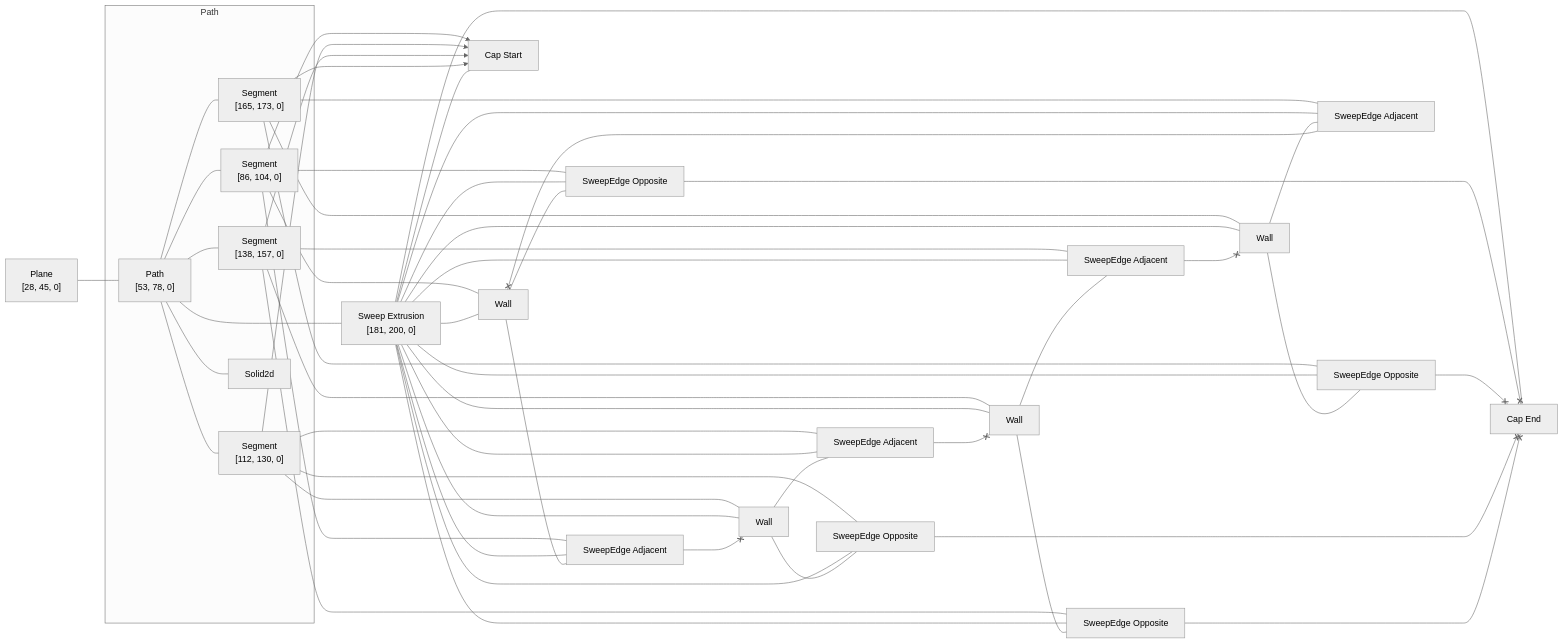
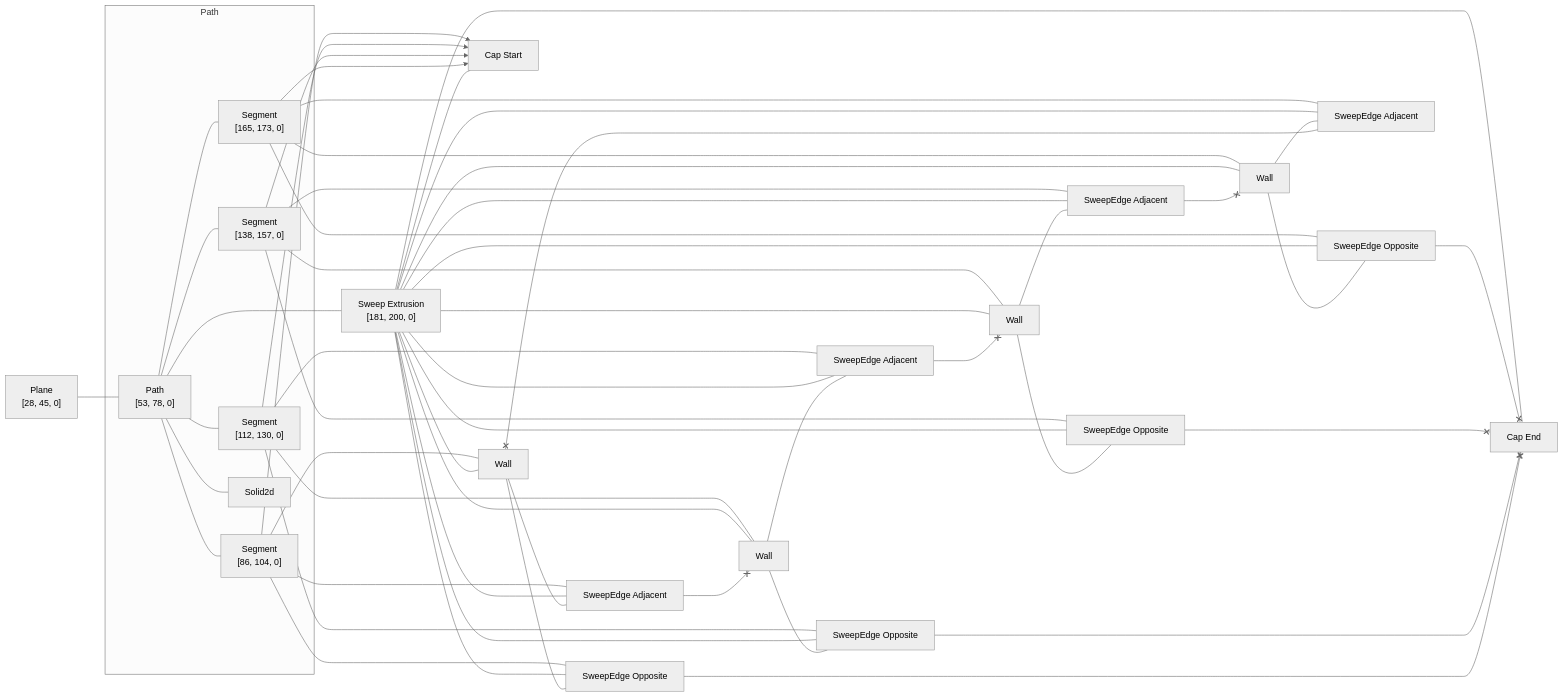
One commit to rajgandhi1/modeling-app changed the diagram in rust/kcl-lib/tests/function_sketch/artifact_graph_flowchart.snap.md. Above: the diagram before and after it, drawn with Mermaid (neutral theme). The commit also changed 101 other files, not shown here.

````diff
--- a/rust/kcl-lib/tests/function_sketch/artifact_graph_flowchart.snap.md
+++ b/rust/kcl-lib/tests/function_sketch/artifact_graph_flowchart.snap.md
@@ -1,80 +1,80 @@
 ```mermaid
 flowchart LR
   subgraph path2 [Path]
     2["Path<br>[53, 78, 0]"]
     3["Segment<br>[86, 104, 0]"]
     4["Segment<br>[112, 130, 0]"]
     5["Segment<br>[138, 157, 0]"]
     6["Segment<br>[165, 173, 0]"]
     7[Solid2d]
   end
   1["Plane<br>[28, 45, 0]"]
   8["Sweep Extrusion<br>[181, 200, 0]"]
   9[Wall]
   10[Wall]
   11[Wall]
   12[Wall]
   13["Cap Start"]
   14["Cap End"]
   15["SweepEdge Opposite"]
   16["SweepEdge Opposite"]
   17["SweepEdge Opposite"]
   18["SweepEdge Opposite"]
   19["SweepEdge Adjacent"]
   20["SweepEdge Adjacent"]
   21["SweepEdge Adjacent"]
   22["SweepEdge Adjacent"]
   1 --- 2
   2 --- 3
   2 --- 4
   2 --- 5
   2 --- 6
   2 --- 7
   2 ---- 8
   3 --- 12
   3 x--> 13
-  3 --- 15
-  3 --- 19
+  3 --- 18
+  3 --- 22
   4 --- 10
   4 x--> 13
   4 --- 17
-  4 --- 20
+  4 --- 21
   5 --- 9
   5 x--> 13
-  5 --- 18
-  5 --- 21
+  5 --- 16
+  5 --- 20
   6 --- 11
   6 x--> 13
-  6 --- 16
-  6 --- 22
+  6 --- 15
+  6 --- 19
   8 --- 9
   8 --- 10
   8 --- 11
   8 --- 12
   8 --- 13
   8 --- 14
   8 --- 15
   8 --- 16
   8 --- 17
   8 --- 18
   8 --- 19
   8 --- 20
   8 --- 21
   8 --- 22
-  9 --- 18
-  20 <--x 9
-  9 --- 21
+  9 --- 16
+  9 --- 20
+  21 <--x 9
   10 --- 17
-  19 <--x 10
-  10 --- 20
-  11 --- 16
-  21 <--x 11
-  11 --- 22
-  12 --- 15
-  12 --- 19
-  22 <--x 12
+  10 --- 21
+  22 <--x 10
+  11 --- 15
+  11 --- 19
+  20 <--x 11
+  12 --- 18
+  19 <--x 12
+  12 --- 22
   15 <--x 14
   16 <--x 14
   17 <--x 14
   18 <--x 14
 ```
````
